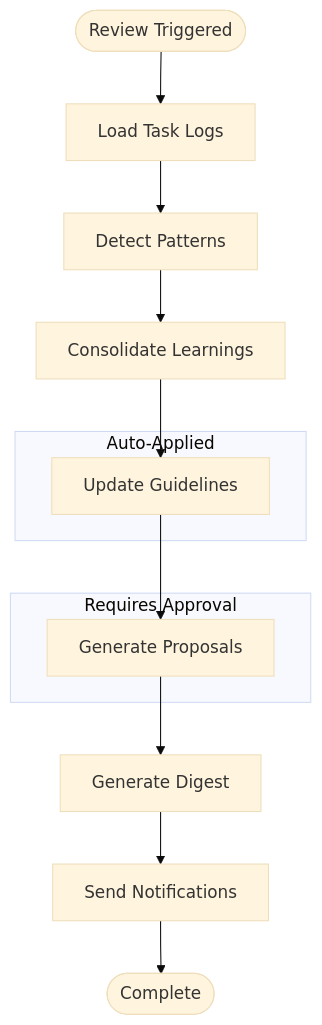
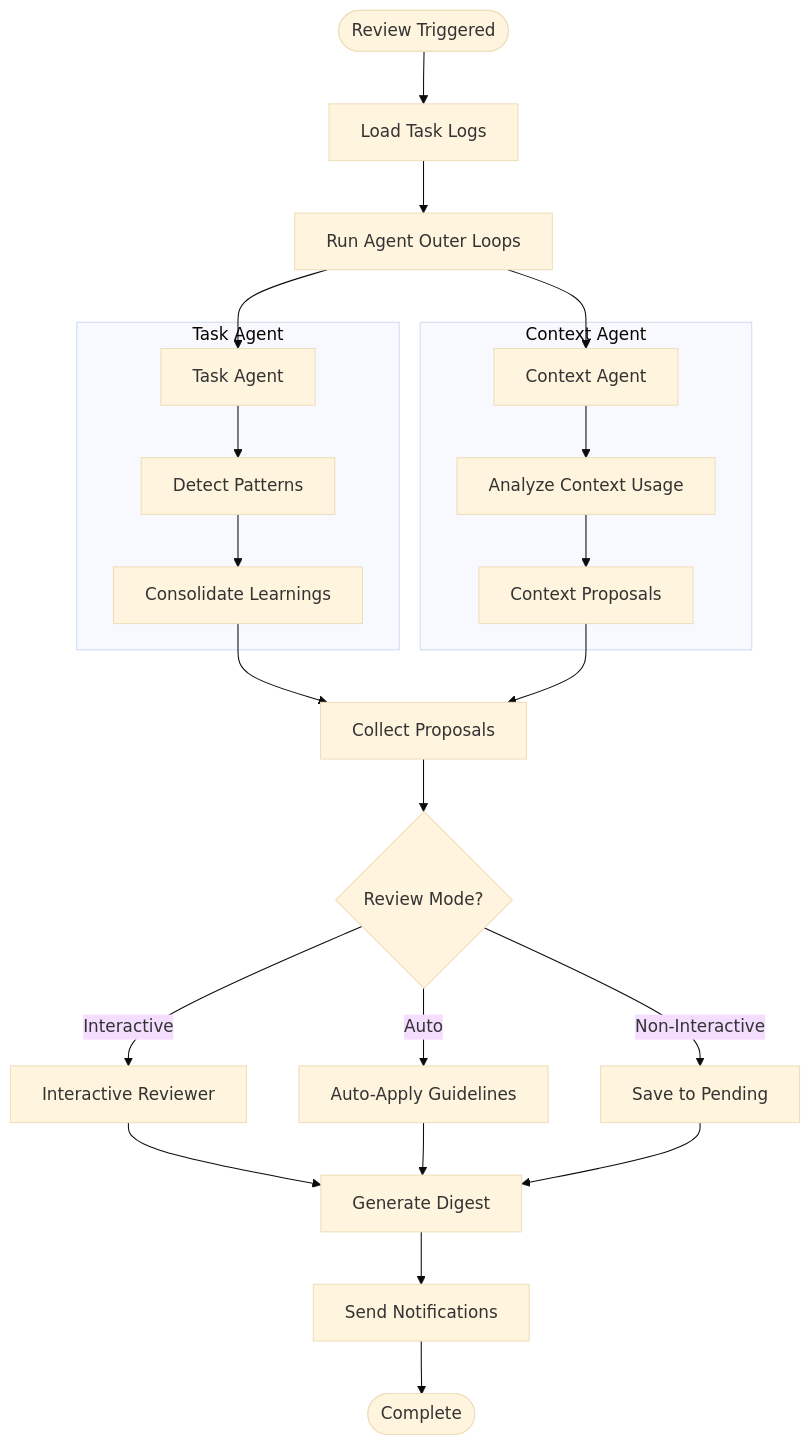
Before and after one commit to cymfg/ophan: the first of 19 diagrams in docs/outer-loop.md, drawn with Mermaid (base theme). The commit also changed other lines of this file and 34 other files, not shown here.

First line of the commit message:
feat: add core agent types and utilities for multi-agent architecture

````diff
--- a/docs/outer-loop.md
+++ b/docs/outer-loop.md
@@ -7,19 +7,34 @@
 ```mermaid
 flowchart TB
     Start([Review Triggered]) --> Load[Load Task Logs]
-    Load --> Patterns[Detect Patterns]
+    Load --> Agents[Run Agent Outer Loops]
+    Agents --> TA[Task Agent]
+    Agents --> CA[Context Agent]
+    TA --> Patterns[Detect Patterns]
+    CA --> CtxMetrics[Analyze Context Usage]
     Patterns --> Consolidate[Consolidate Learnings]
-    Consolidate --> Guidelines[Update Guidelines]
-    Guidelines --> Proposals[Generate Proposals]
-    Proposals --> Digest[Generate Digest]
+    CtxMetrics --> CtxProposals[Context Proposals]
+    Consolidate --> AllProposals[Collect Proposals]
+    CtxProposals --> AllProposals
+    AllProposals --> Review{Review Mode?}
+    Review --> |"Interactive"| IR[Interactive Reviewer]
+    Review --> |"Auto"| AutoApply[Auto-Apply Guidelines]
+    Review --> |"Non-Interactive"| Pending[Save to Pending]
+    IR --> Digest[Generate Digest]
+    AutoApply --> Digest
+    Pending --> Digest
     Digest --> Notify[Send Notifications]
     Notify --> Done([Complete])
 
-    subgraph "Auto-Applied"
-        Guidelines
+    subgraph "Task Agent"
+        TA
+        Patterns
+        Consolidate
     end
 
-    subgraph "Requires Approval"
-        Proposals
+    subgraph "Context Agent"
+        CA
+        CtxMetrics
+        CtxProposals
     end
 ```
````
